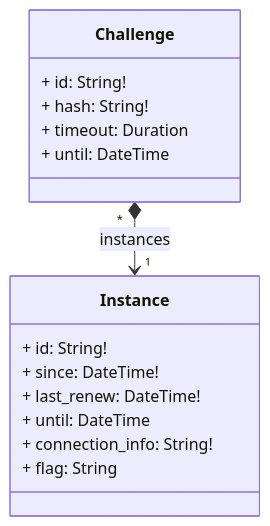
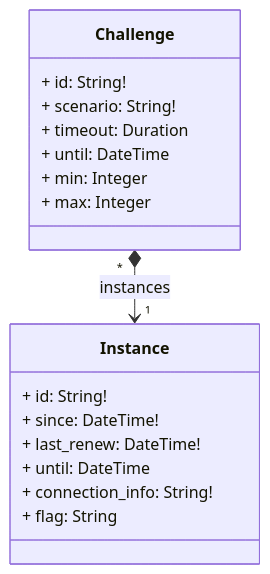
The diagram in webdocs/design/architecture/index.md (ctfer-io/chall-manager), drawn with Mermaid before and after one commit. The commit also changed other lines of this file and 23 other files, not shown here.

````diff
--- a/webdocs/design/architecture/index.md
+++ b/webdocs/design/architecture/index.md
@@ -18,20 +19,21 @@
 ```mermaid
 classDiagram
     class Challenge {
         + id: String!
-        + hash: String!
+        + scenario: String!
         + timeout: Duration
         + until: DateTime
+        + min: Integer
+        + max: Integer
     }
+    Challenge "*" *--> "1" Instance: instances
 
     class Instance {
         + id: String!
         + since: DateTime!
         + last_renew: DateTime!
         + until: DateTime
         + connection_info: String!
         + flag: String
     }
-
-    Challenge "*" *--> "1" Instance: instances
 ```
````
